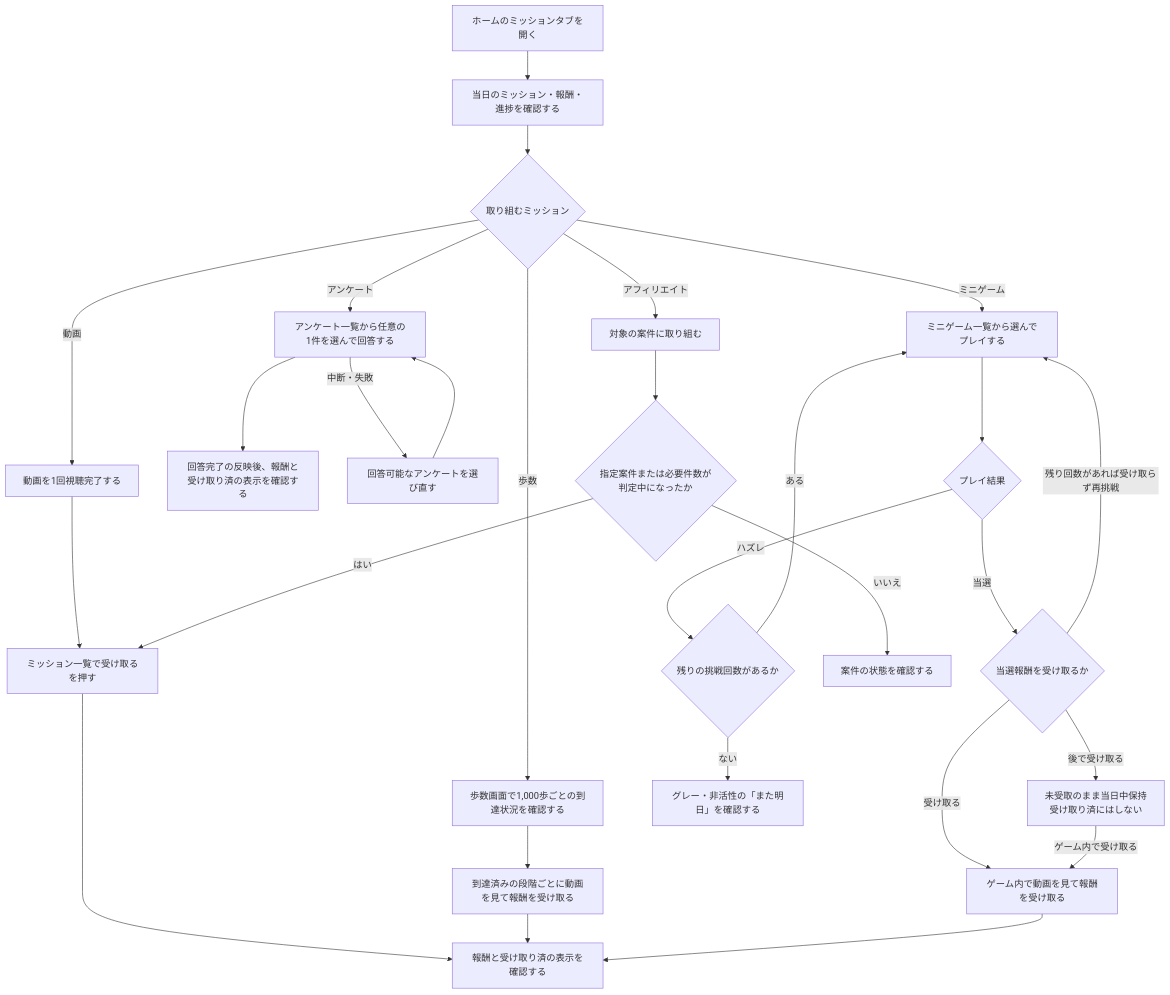
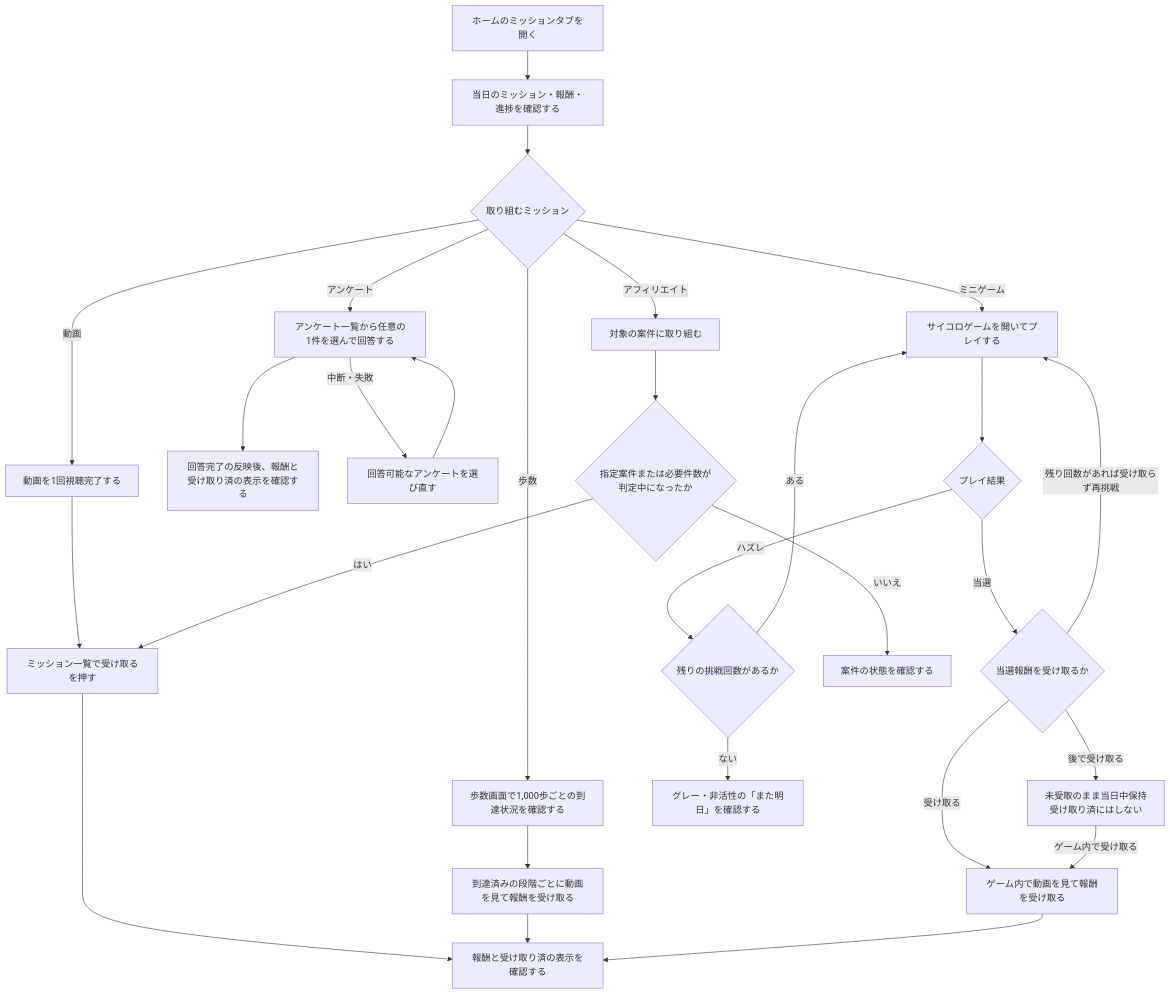
Before and after one commit to Min-Thu-Khant/pochipo-mock-en: the diagram in docs/prd/features/F07-daily-mission.md, drawn with Mermaid. The commit also changed other lines of this file, not shown here.

````diff
--- a/docs/prd/features/F07-daily-mission.md
+++ b/docs/prd/features/F07-daily-mission.md
@@ -53,30 +53,30 @@
 ```mermaid
 flowchart TD
   A["ホームのミッションタブを開く"] --> B["当日のミッション・報酬・進捗を確認する"]
   B --> C{"取り組むミッション"}
   C -->|動画| V["動画を1回視聴完了する"]
   V --> H["ミッション一覧で受け取るを押す"]
   H --> I["報酬と受け取り済の表示を確認する"]
   C -->|アンケート| D["アンケート一覧から任意の1件を選んで回答する"]
   D --> E["回答完了の反映後、報酬と受け取り済の表示を確認する"]
   D -->|中断・失敗| K["回答可能なアンケートを選び直す"]
   K --> D
   C -->|歩数| W["歩数画面で1,000歩ごとの到達状況を確認する"]
   W --> WR["到達済みの段階ごとに動画を見て報酬を受け取る"]
   WR --> I
-  C -->|ミニゲーム| L["ミニゲーム一覧から選んでプレイする"]
+  C -->|ミニゲーム| L["サイコロゲームを開いてプレイする"]
   L --> R{"プレイ結果"}
   R -->|当選| CHOICE{"当選報酬を受け取るか"}
   CHOICE -->|受け取る| M["ゲーム内で動画を見て報酬を受け取る"]
   CHOICE -->|残り回数があれば受け取らず再挑戦| L
   CHOICE -->|後で受け取る| HOLD["未受取のまま当日中保持<br/>受け取り済にはしない"]
   HOLD -->|ゲーム内で受け取る| M
   M --> I
   R -->|ハズレ| RETRY{"残りの挑戦回数があるか"}
   RETRY -->|ある| L
   RETRY -->|ない| Z["グレー・非活性の「また明日」を確認する"]
   C -->|アフィリエイト| F["対象の案件に取り組む"]
   F --> G{"指定案件または必要件数が判定中になったか"}
   G -->|はい| H
   G -->|いいえ| J["案件の状態を確認する"]
 ```
````
